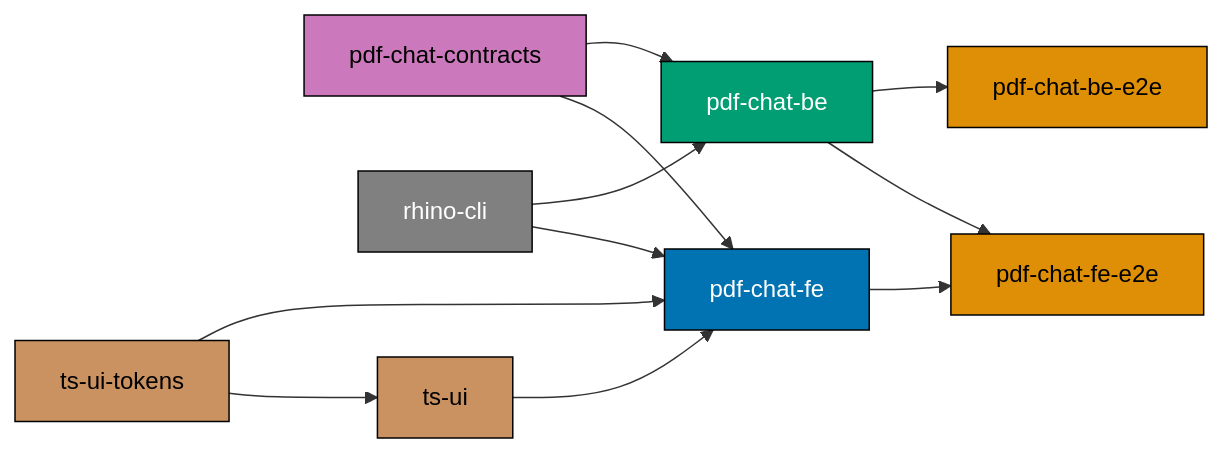
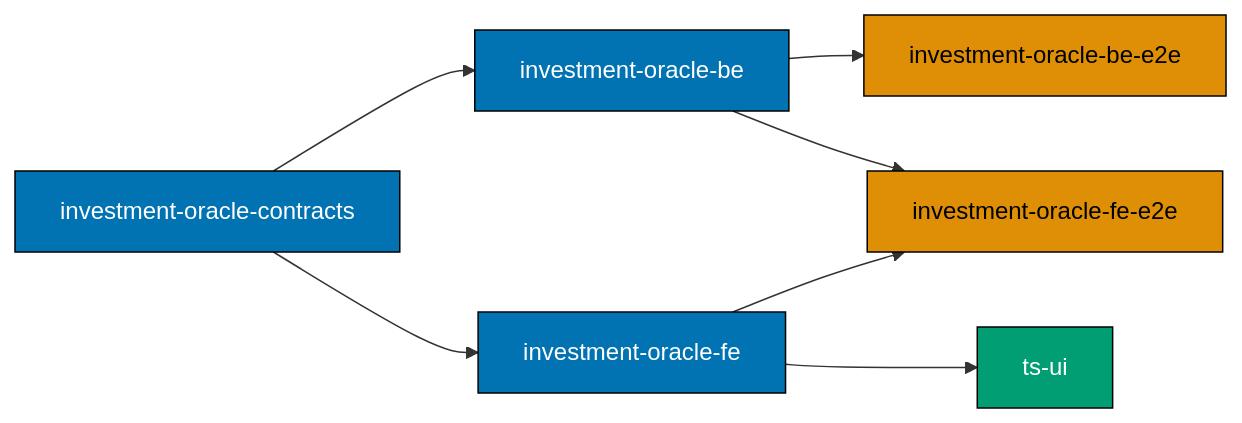
One commit to wahidyankf/ose-primer changed the second of 2 diagrams in plans/in-progress/2026-04-27__add-investment-oracle-app/tech-docs.md. Above: the diagram before and after it, drawn with Mermaid. The commit also changed other lines of this file and 9 other files, not shown here.

First line of the commit message:
docs(plans): pivot pdf-chat plan to investment-oracle desktop app

````diff
--- a/plans/in-progress/2026-04-27__add-investment-oracle-app/tech-docs.md
+++ b/plans/in-progress/2026-04-27__add-investment-oracle-app/tech-docs.md
@@ -926,30 +618,23 @@
 ```mermaid
-%% Color Palette: Blue #0173B2 | Teal #029E73 | Orange #DE8F05 | Purple #CC78BC
 graph LR
-    PCC[pdf-chat-contracts]:::contract
-    PCB[pdf-chat-be]:::be
-    PCF[pdf-chat-fe]:::fe
-    PCBE2E[pdf-chat-be-e2e]:::e2e
-    PCFE2E[pdf-chat-fe-e2e]:::e2e
-    RHN[rhino-cli]:::tool
-    TSU[ts-ui]:::lib
-    TSUT[ts-ui-tokens]:::lib
+    contracts[investment-oracle-contracts]
+    be[investment-oracle-be]
+    fe[investment-oracle-fe]
+    be_e2e[investment-oracle-be-e2e]
+    fe_e2e[investment-oracle-fe-e2e]
+    tsui[ts-ui]
 
-    PCC --> PCB
-    PCC --> PCF
-    PCB --> PCBE2E
-    PCF --> PCFE2E
-    PCB --> PCFE2E
-    RHN --> PCB
-    RHN --> PCF
-    TSU --> PCF
-    TSUT --> PCF
-    TSUT --> TSU
+    contracts --> be
+    contracts --> fe
+    fe --> tsui
+    be --> be_e2e
+    fe --> fe_e2e
+    be --> fe_e2e
 
-    classDef contract fill:#CC78BC,stroke:#000,color:#000
-    classDef be fill:#029E73,stroke:#000,color:#FFF
-    classDef fe fill:#0173B2,stroke:#000,color:#FFF
-    classDef e2e fill:#DE8F05,stroke:#000,color:#000
-    classDef tool fill:#808080,stroke:#000,color:#FFF
-    classDef lib fill:#CA9161,stroke:#000,color:#000
+    classDef api fill:#0173B2,stroke:#000000,color:#FFFFFF
+    classDef e2e fill:#DE8F05,stroke:#000000,color:#000000
+    classDef lib fill:#029E73,stroke:#000000,color:#FFFFFF
+    class contracts,be,fe api
+    class be_e2e,fe_e2e e2e
+    class tsui lib
 ```
````
